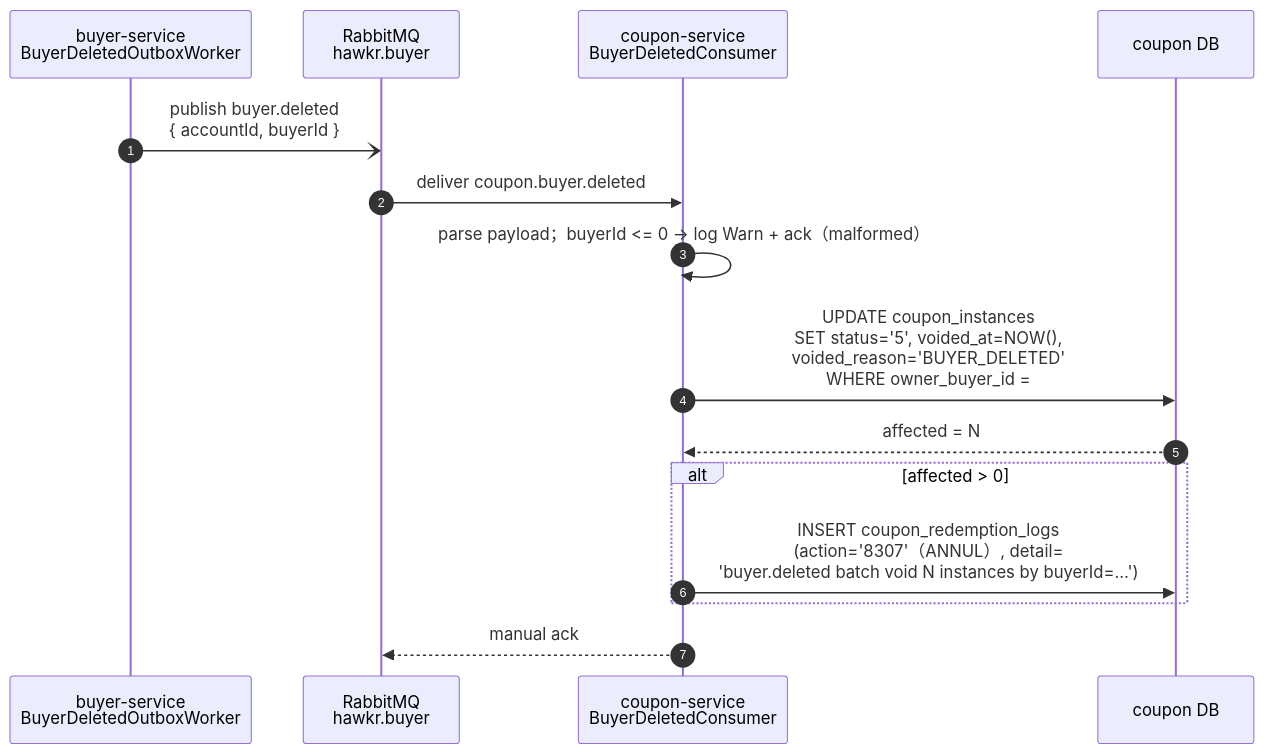
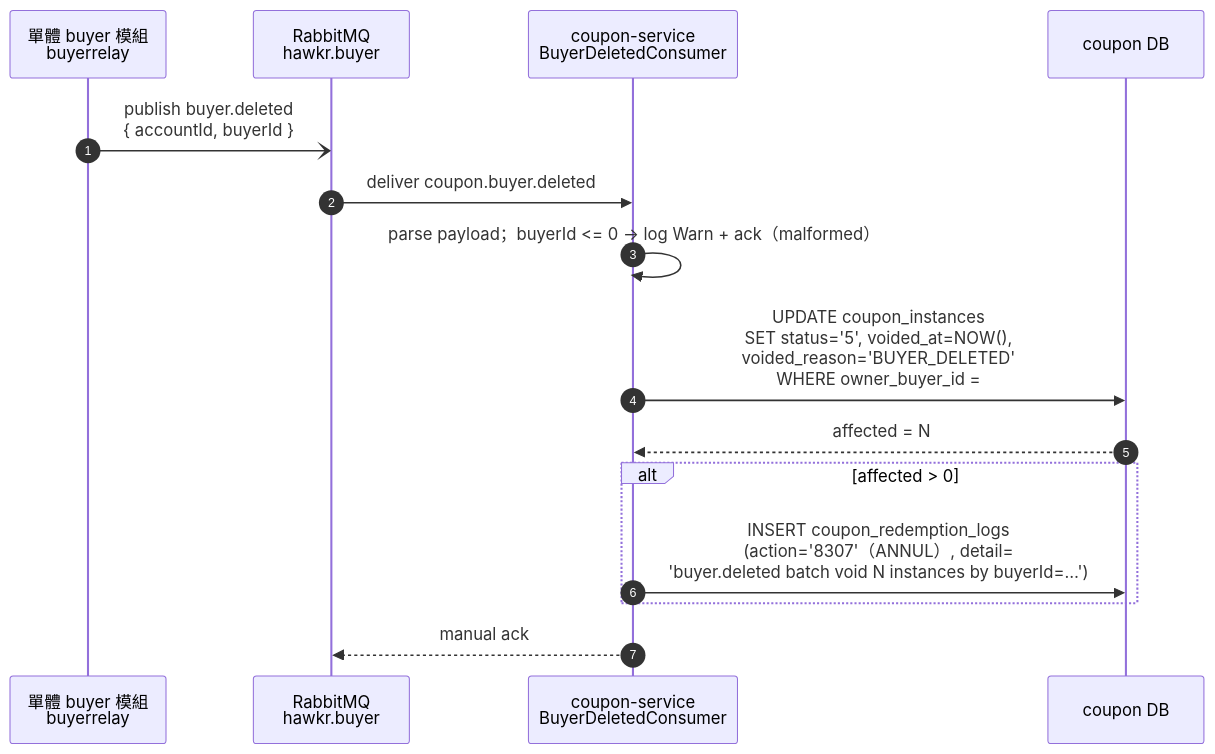
The fifth of 25 diagrams in backend/docs/詳細設計書/07-優惠券微服務（Coupon Service）詳細設計書.md (Will413028/hawkr), drawn with Mermaid before and after one commit. The commit also changed other lines of this file and 24 other files, not shown here.

````diff
--- a/backend/docs/詳細設計書/07-優惠券微服務（Coupon Service）詳細設計書.md
+++ b/backend/docs/詳細設計書/07-優惠券微服務（Coupon Service）詳細設計書.md
@@ -1228,18 +1228,18 @@
 ```mermaid
 sequenceDiagram
     autonumber
-    participant BS as buyer-service<br/>BuyerDeletedOutboxWorker
+    participant BS as 單體 buyer 模組<br/>buyerrelay
     participant MQ as RabbitMQ<br/>hawkr.buyer
     participant CS as coupon-service<br/>BuyerDeletedConsumer
     participant DB as coupon DB
 
     BS-)MQ: publish buyer.deleted<br/>{ accountId, buyerId }
     MQ->>CS: deliver coupon.buyer.deleted
     CS->>CS: parse payload；buyerId <= 0 → log Warn + ack（malformed）
     CS->>DB: UPDATE coupon_instances<br/>SET status='5', voided_at=NOW(),<br/>voided_reason='BUYER_DELETED'<br/>WHERE owner_buyer_id = #{ownerBuyerId}<br/>AND status = '0'
     DB-->>CS: affected = N
     alt affected > 0
         CS->>DB: INSERT coupon_redemption_logs<br/>(action='8307'（ANNUL）, detail=<br/>'buyer.deleted batch void N instances by buyerId=…')
     end
     CS-->>MQ: manual ack
 ```
````
